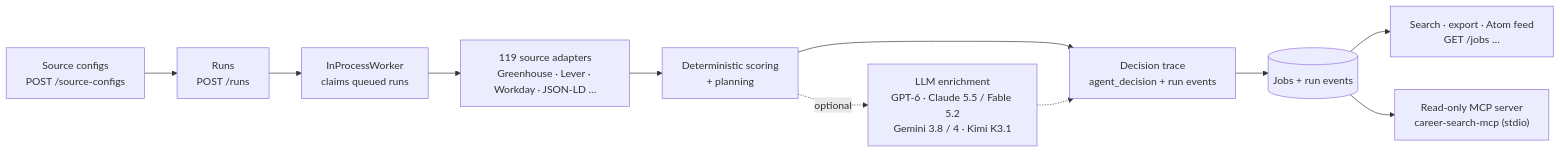
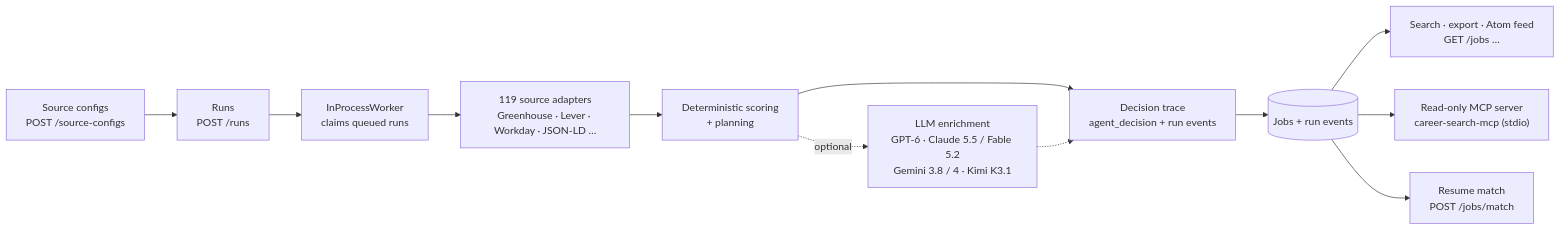
The diagram in README.md (Francis1998/agentic-career-search), drawn with Mermaid before and after one commit. The commit also changed other lines of this file and 14 other files, not shown here.

First line of the commit message:
docs: resume-to-job match guide, real demo GIF and seeded job descriptions

````diff
--- a/README.md
+++ b/README.md
@@ -32,13 +34,14 @@
 ```mermaid
 flowchart LR
     SC["Source configs<br/>POST /source-configs"] --> RUN["Runs<br/>POST /runs"]
     RUN --> W["InProcessWorker<br/>claims queued runs"]
     W --> AD["119 source adapters<br/>Greenhouse · Lever · Workday · JSON-LD …"]
     AD --> SCORE["Deterministic scoring<br/>+ planning"]
     SCORE --> DT["Decision trace<br/>agent_decision + run events"]
     SCORE -. optional .-> LLM["LLM enrichment<br/>GPT-6 · Claude 5.5 / Fable 5.2<br/>Gemini 3.8 / 4 · Kimi K3.1"]
     LLM -.-> DT
     DT --> DB[("Jobs + run events")]
     DB --> API["Search · export · Atom feed<br/>GET /jobs …"]
     DB --> MCP["Read-only MCP server<br/>career-search-mcp (stdio)"]
+    DB --> MATCH["Resume match<br/>POST /jobs/match"]
 ```
````
